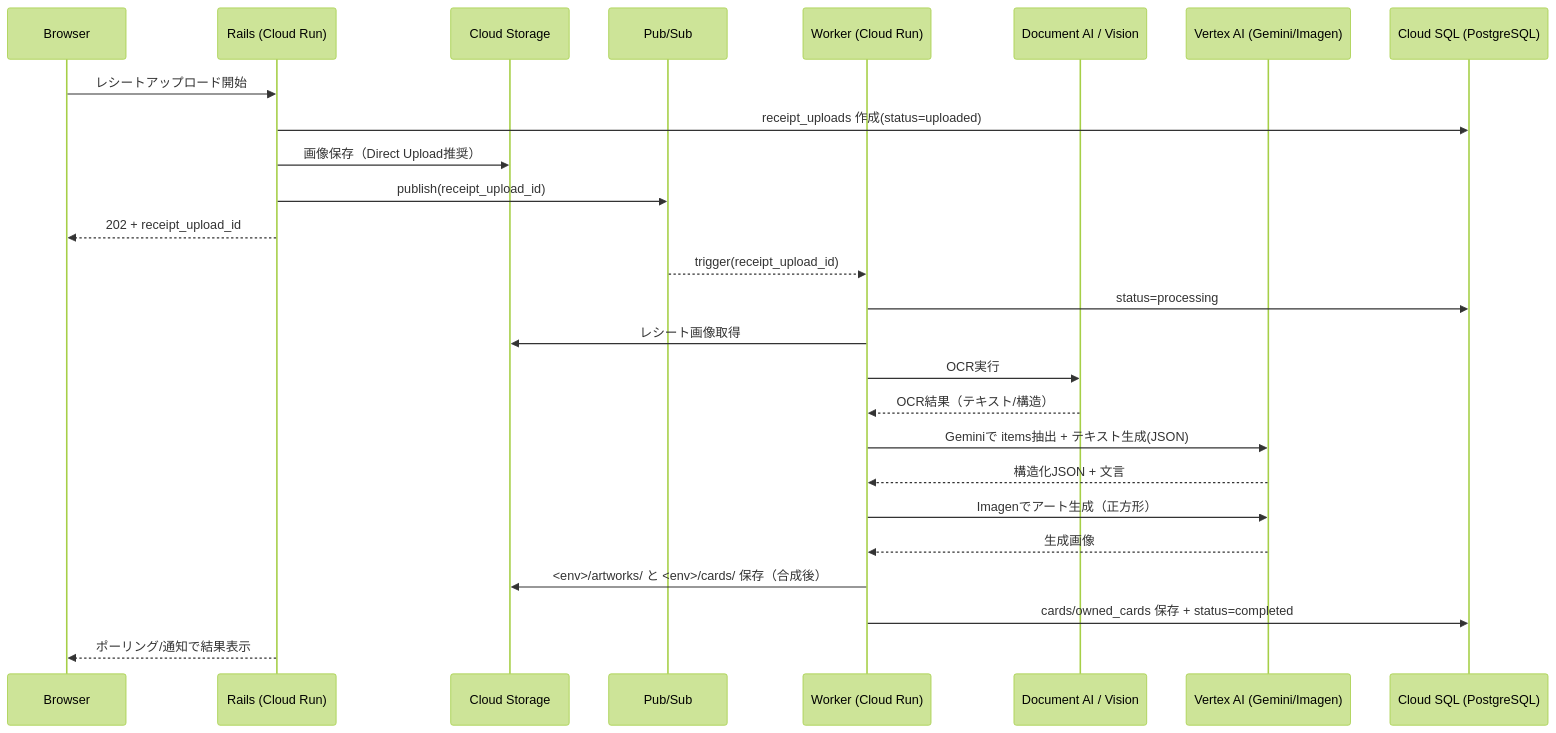
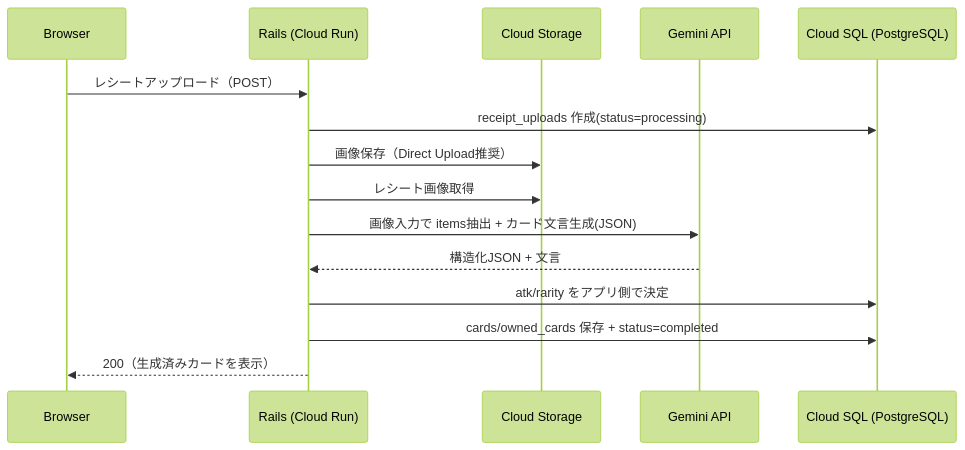
One commit to whitedoor/kami-treasure-battle changed the fifth of 6 diagrams in docs/architecture.md. Above: the diagram before and after it, drawn with Mermaid (forest theme). The commit also changed other lines of this file and 13 other files, not shown here.

````diff
--- a/docs/architecture.md
+++ b/docs/architecture.md
@@ -129,30 +120,18 @@
 ```mermaid
 sequenceDiagram
   participant Web as Browser
   participant Rails as Rails (Cloud Run)
   participant GCS as Cloud Storage
-  participant PS as Pub/Sub
-  participant W as Worker (Cloud Run)
-  participant OCR as Document AI / Vision
-  participant VAI as Vertex AI (Gemini/Imagen)
+  participant GM as Gemini API
   participant DB as Cloud SQL (PostgreSQL)
 
-  Web->>Rails: レシートアップロード開始
-  Rails->>DB: receipt_uploads 作成(status=uploaded)
+  Web->>Rails: レシートアップロード（POST）
+  Rails->>DB: receipt_uploads 作成(status=processing)
   Rails->>GCS: 画像保存（Direct Upload推奨）
-  Rails->>PS: publish(receipt_upload_id)
-  Rails-->>Web: 202 + receipt_upload_id
-
-  PS-->>W: trigger(receipt_upload_id)
-  W->>DB: status=processing
-  W->>GCS: レシート画像取得
-  W->>OCR: OCR実行
-  OCR-->>W: OCR結果（テキスト/構造）
-  W->>VAI: Geminiで items抽出 + テキスト生成(JSON)
-  VAI-->>W: 構造化JSON + 文言
-  W->>VAI: Imagenでアート生成（正方形）
-  VAI-->>W: 生成画像
-  W->>GCS: <env>/artworks/ と <env>/cards/ 保存（合成後）
-  W->>DB: cards/owned_cards 保存 + status=completed
-  Rails-->>Web: ポーリング/通知で結果表示
+  Rails->>GCS: レシート画像取得
+  Rails->>GM: 画像入力で items抽出 + カード文言生成(JSON)
+  GM-->>Rails: 構造化JSON + 文言
+  Rails->>DB: atk/rarity をアプリ側で決定
+  Rails->>DB: cards/owned_cards 保存 + status=completed
+  Rails-->>Web: 200（生成済みカードを表示）
 ```
````
